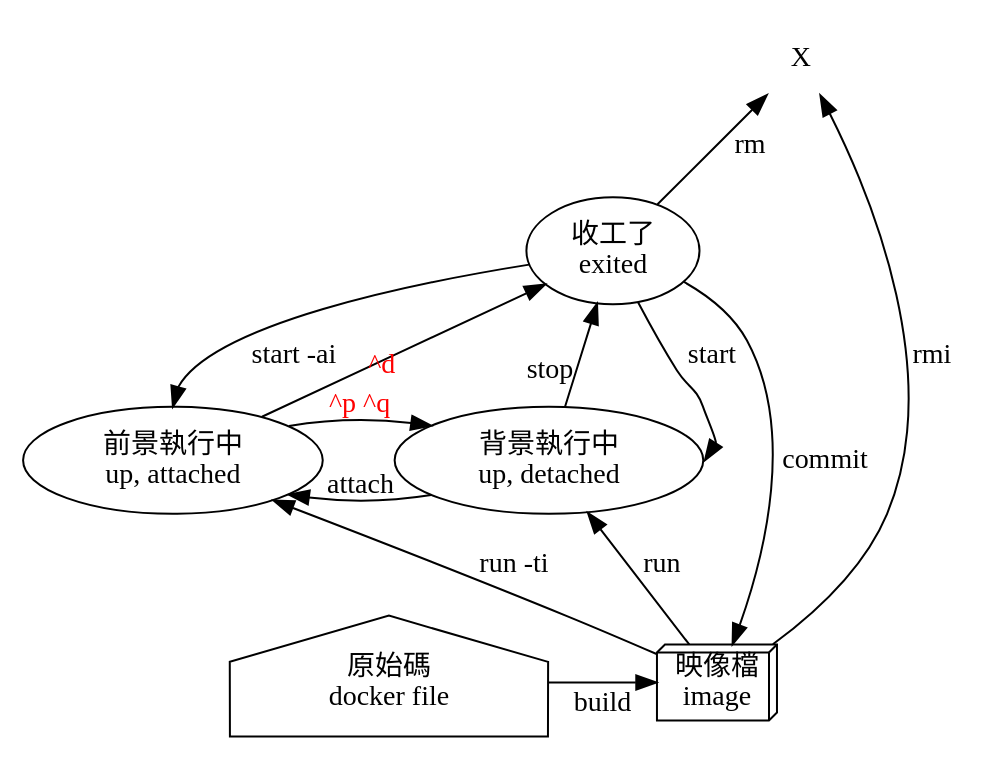
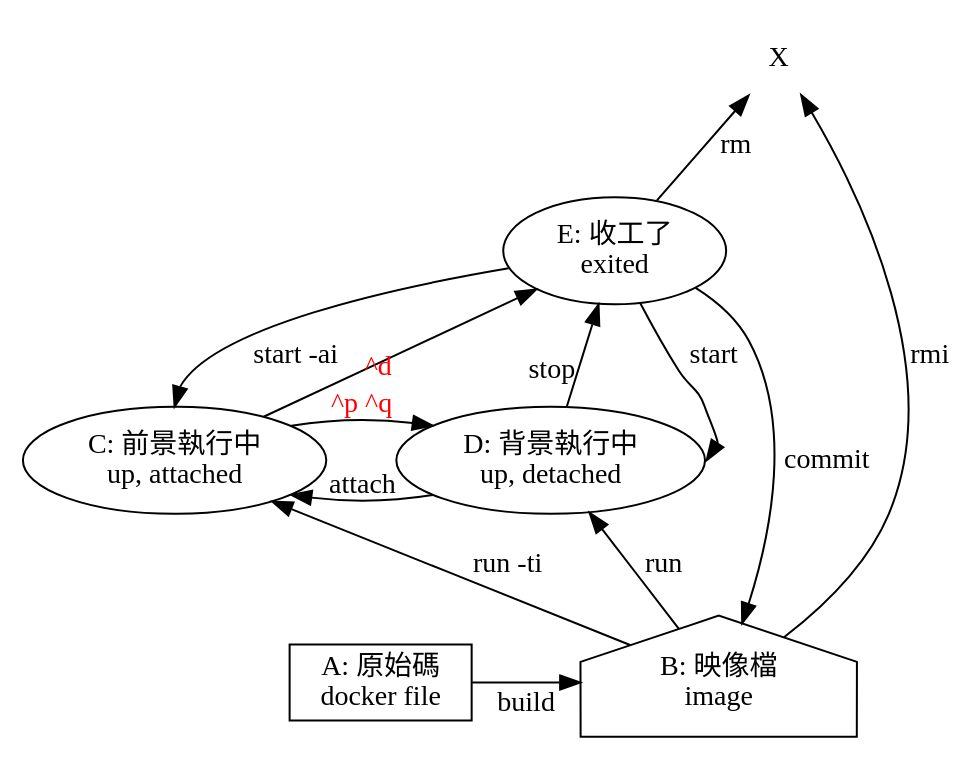
The diagram in a/m/17/docker-basics.dot (ckhung/ckhung.github.io), drawn with Graphviz before and after one commit. The commit also changed 1 other file, not shown here.

```diff
--- a/a/m/17/docker-basics.dot
+++ b/a/m/17/docker-basics.dot
@@ -1,32 +1,32 @@
 // dot -Tsvg docker-basics.dot -o docker-basics.svg
 
 digraph "Docker 常用指令" {
 
     rankdir = BT;
     overlap = scale;
 
-    source [ label="原始碼\ndocker file"; shape=house; ];
-    image [ label="映像檔\nimage"; shape=box3d; ];
-    attached [ label="前景執行中\nup, attached"; ];
-    detached [ label="背景執行中\nup, detached"; ];
-    exited [ label="收工了\nexited"; ];
+    source [ label="A: 原始碼\ndocker file"; shape=rectangle; ];
+    image [ label="B: 映像檔\nimage"; shape=house; ];
+    attached [ label="C: 前景執行中\nup, attached"; ];
+    detached [ label="D: 背景執行中\nup, detached"; ];
+    exited [ label="E: 收工了\nexited"; ];
     removed [ label="X"; shape=none; ];
     { rank = same; attached; detached; }
     { rank = same; source; image; }
 
     source -> image [ label="build"; ];
     image -> removed [ label="rmi"; ];
     image -> attached [ label="run -ti"; ];
     image -> detached [ label="run"; ];
     attached -> detached [ xlabel="^p ^q"; fontcolor="red"; ];
     attached -> exited [ xlabel="^d"; fontcolor="red"; ];
     detached -> attached [ xlabel="attach"; ];
     detached -> exited [ xlabel="stop"; ];
     exited -> attached:n [ label="start -ai"; ];
     exited -> detached:e [ label="start"; ];
     exited -> removed [ label="rm"; ];
     exited -> image [ label="commit"; ];
 
 //    html -> graphic [ label="cutycapt" ];
 //    { text html csv } -> { dot gpt } [ label="RE" ];
 }
```
